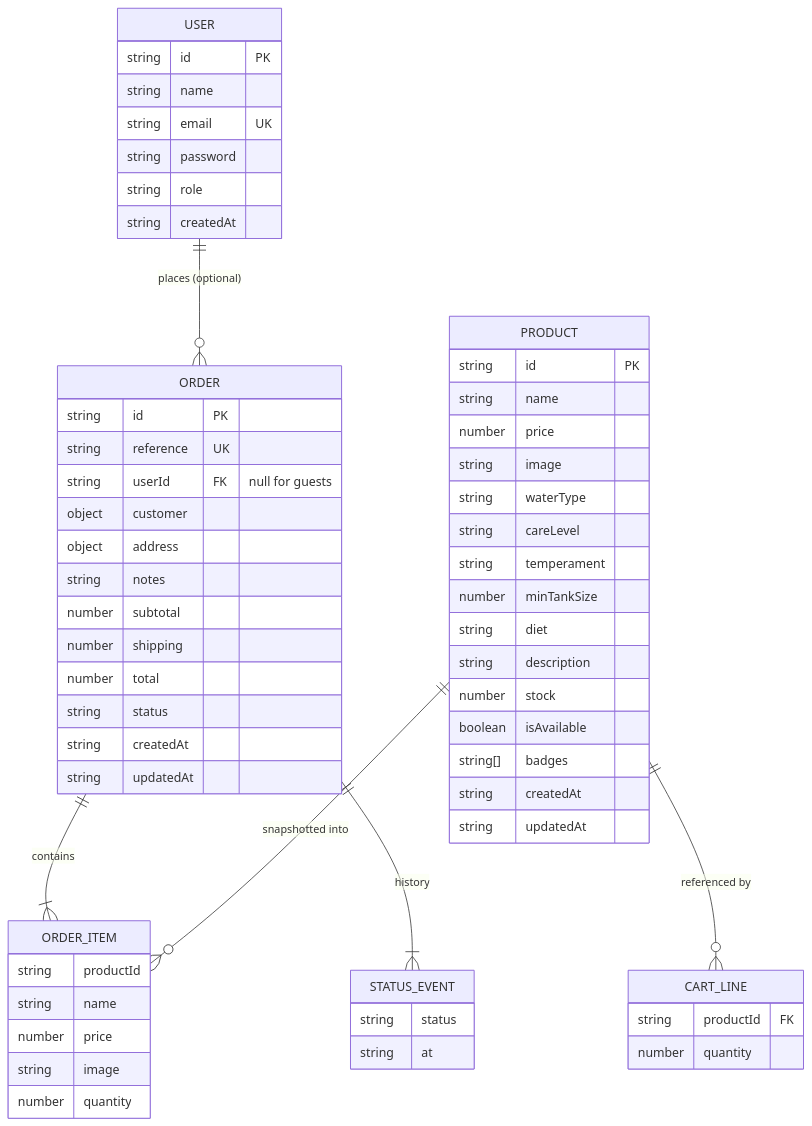
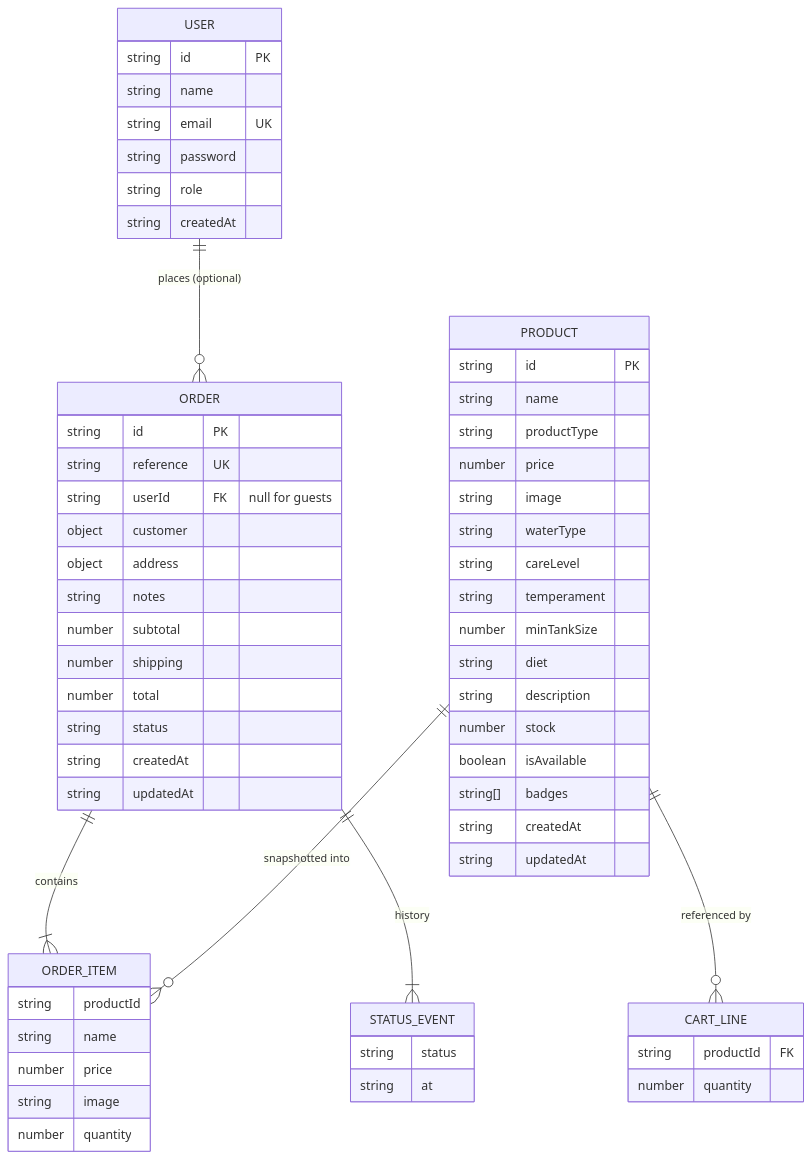
One commit to Dayanithi07/Fish_commerce changed the diagram in docs/DATABASE_SCHEMA.md. Above: the diagram before and after it, drawn with Mermaid. The commit also changed other lines of this file and 36 other files, not shown here.

````diff
--- a/docs/DATABASE_SCHEMA.md
+++ b/docs/DATABASE_SCHEMA.md
@@ -39,63 +39,64 @@
 ```mermaid
 erDiagram
   USER ||--o{ ORDER : "places (optional)"
   ORDER ||--|{ ORDER_ITEM : contains
   ORDER ||--|{ STATUS_EVENT : "history"
   PRODUCT ||--o{ ORDER_ITEM : "snapshotted into"
   PRODUCT ||--o{ CART_LINE : "referenced by"
 
   PRODUCT {
     string id PK
     string name
+    string productType
     number price
     string image
     string waterType
     string careLevel
     string temperament
     number minTankSize
     string diet
     string description
     number stock
     boolean isAvailable
     string[] badges
     string createdAt
     string updatedAt
   }
   USER {
     string id PK
     string name
     string email UK
     string password
     string role
     string createdAt
   }
   CART_LINE {
     string productId FK
     number quantity
   }
   ORDER {
     string id PK
     string reference UK
     string userId FK "null for guests"
     object customer
     object address
     string notes
     number subtotal
     number shipping
     number total
     string status
     string createdAt
     string updatedAt
   }
   ORDER_ITEM {
     string productId
     string name
     number price
     string image
     number quantity
   }
   STATUS_EVENT {
     string status
     string at
   }
 ```
````
